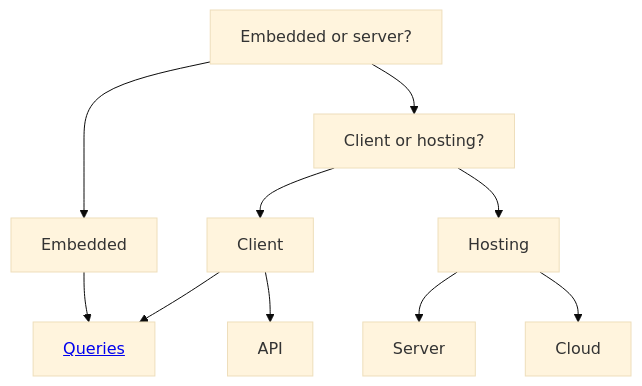
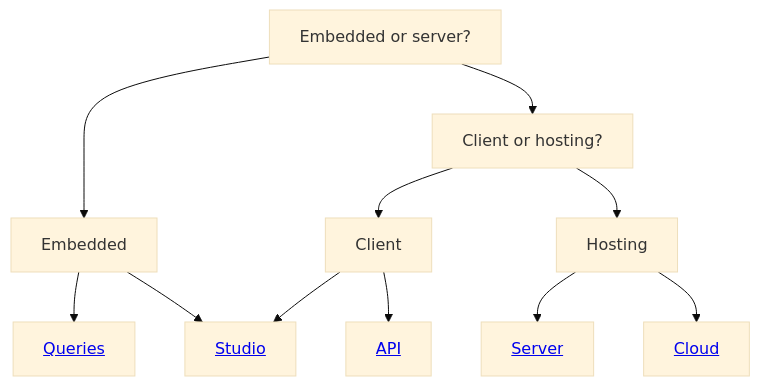
The diagram in README.md (agnesoft/agdb), drawn with Mermaid (base theme) before and after one commit.

````diff
--- a/README.md
+++ b/README.md
@@ -166,12 +166,13 @@
 ```mermaid
 graph TD;
     A[Embedded or server?] --> Embedded
     A --> B[Client or hosting?]
     Embedded --> Queries[<a href='https://github.com/skoblenick/skoblenick/blob/main/docs/queries.md'>Queries</a>]
+    Embedded --> Studio[<a href='https://github.com/skoblenick/skoblenick/blob/main/docs/studio.md'>Studio</a>]
     B --> Client
     B --> Hosting
-    Client --> API
-    Client --> Queries
-    Hosting --> Server
-    Hosting --> Cloud
+    Client --> API[<a href='https://github.com/skoblenick/skoblenick/blob/main/docs/api.md'>API</a>]
+    Client --> Studio
+    Hosting --> Server[<a href='https://github.com/skoblenick/skoblenick/blob/main/docs/server.md'>Server</a>]
+    Hosting --> Cloud[<a href='https://github.com/skoblenick/skoblenick/blob/main/docs/server.md'>Cloud</a>]
 ```
````
